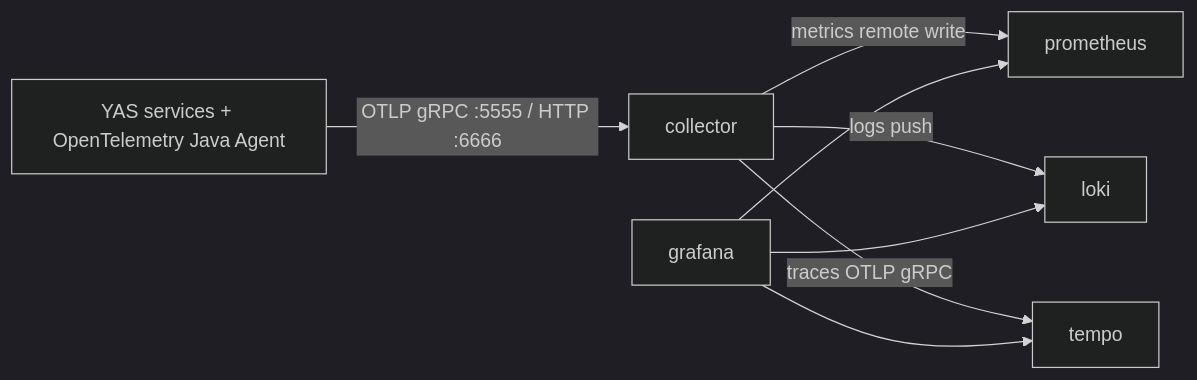
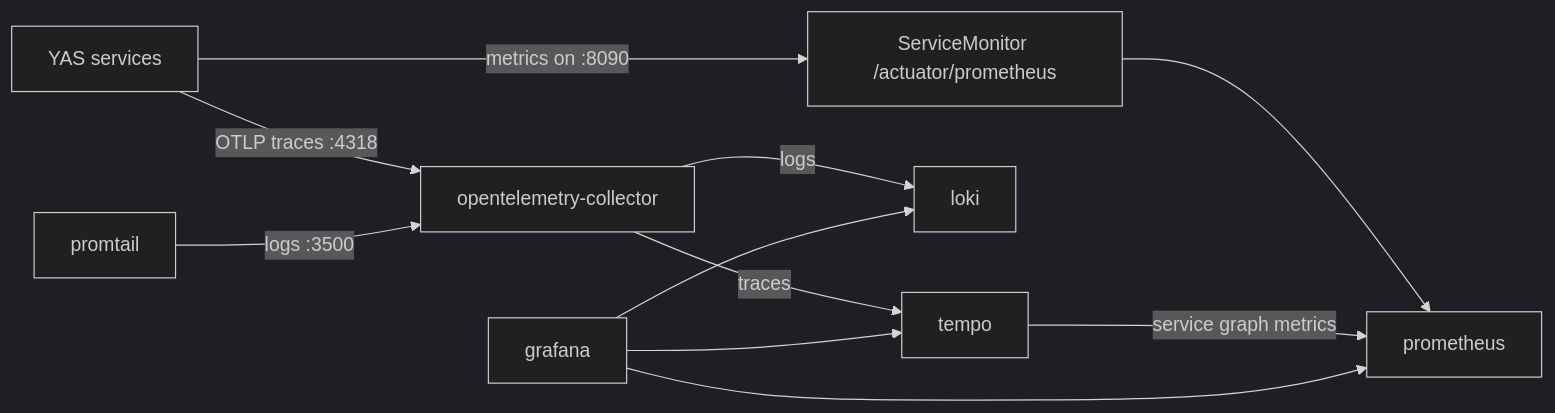
The diagram in docs/observability.md (Thang2005HCMUS/yas), drawn with Mermaid (dark theme) before and after one commit. The commit also changed other lines of this file and 13 other files, not shown here.

````diff
--- a/docs/observability.md
+++ b/docs/observability.md
@@ -15,17 +16,22 @@
 ```mermaid
 flowchart LR
-    services["YAS services + OpenTelemetry Java Agent"]
-    collector["collector"]
+    apps["YAS services"]
+    serviceMonitor["ServiceMonitor /actuator/prometheus"]
+    promtail["promtail"]
+    collector["opentelemetry-collector"]
     prometheus["prometheus"]
     loki["loki"]
     tempo["tempo"]
     grafana["grafana"]
 
-    services -->|OTLP gRPC :5555 / HTTP :6666| collector
-    collector -->|metrics remote write| prometheus
-    collector -->|logs push| loki
-    collector -->|traces OTLP gRPC| tempo
+    apps -->|metrics on :8090| serviceMonitor
+    serviceMonitor --> prometheus
+    apps -->|OTLP traces :4318| collector
+    promtail -->|logs :3500| collector
+    collector -->|logs| loki
+    collector -->|traces| tempo
+    tempo -->|service graph metrics| prometheus
     grafana --> prometheus
     grafana --> loki
     grafana --> tempo
 ```
````
